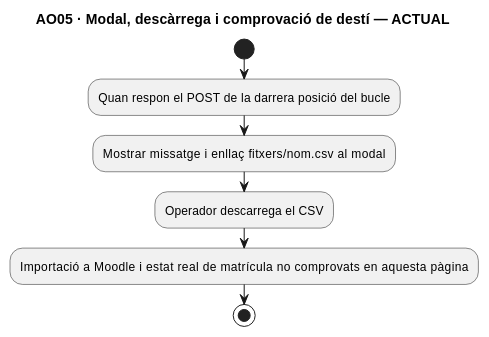
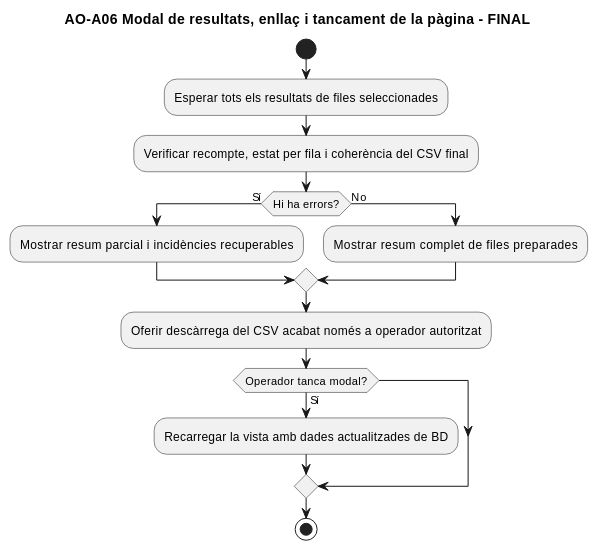
Before and after one commit to orgmeriemprismacat-del/verifactu: diagram 14 of 20 in documentacio/07-uml-integrat/uc-moodle-aules-obertes-fitxa-activitats.md, drawn with PlantUML. The commit also changed other lines of this file, not shown here.

Commit message:
docs: complete exact open-class URL with full functional UML, 16 actual/final page and section activity diagrams

````diff
--- a/documentacio/07-uml-integrat/uc-moodle-aules-obertes-fitxa-activitats.md
+++ b/documentacio/07-uml-integrat/uc-moodle-aules-obertes-fitxa-activitats.md
@@ -276,11 +413,18 @@
 ```plantuml
 @startuml
-title AO05 · Modal, descàrrega i comprovació de destí — ACTUAL
+title AO-A06 Modal de resultats, enllaç i tancament de la pàgina - FINAL
 start
-:Quan respon el POST de la darrera posició del bucle;
-:Mostrar missatge i enllaç fitxers/nom.csv al modal;
-:Operador descarrega el CSV;
-:Importació a Moodle i estat real de matrícula no comprovats en aquesta pàgina;
+:Esperar tots els resultats de files seleccionades;
+:Verificar recompte, estat per fila i coherència del CSV final;
+if (Hi ha errors?) then (Sí)
+ :Mostrar resum parcial i incidències recuperables;
+else (No)
+ :Mostrar resum complet de files preparades;
+endif
+:Oferir descàrrega del CSV acabat només a operador autoritzat;
+if (Operador tanca modal?) then (Sí)
+ :Recarregar la vista amb dades actualitzades de BD;
+endif
 stop
 @enduml
 ```
````
